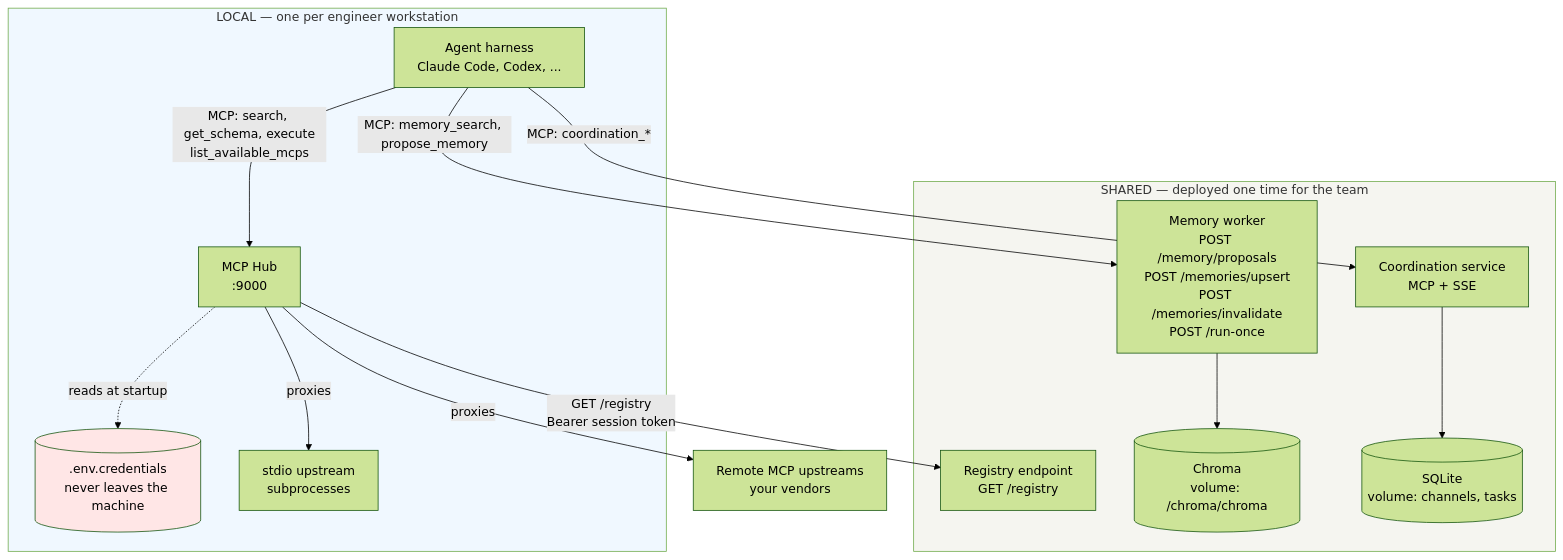
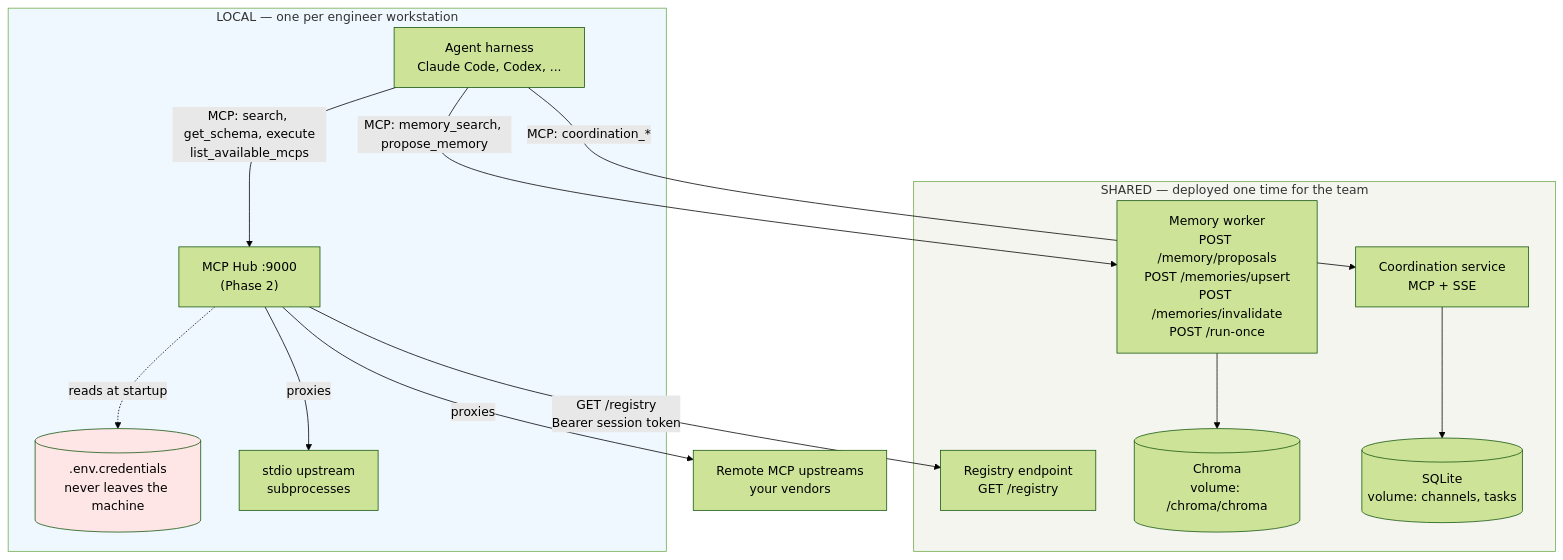
The diagram in docs/superpowers/specs/2026-08-28-wagglebot-design.md (swiknaba/wagglebot), drawn with Mermaid (forest theme) before and after one commit. The commit also changed other lines of this file and 1 other file, not shown here.

First line of the commit message:
Fix Phase 1 spec damage found by the fresh-eyes audit

````diff
--- a/docs/superpowers/specs/2026-08-28-wagglebot-design.md
+++ b/docs/superpowers/specs/2026-08-28-wagglebot-design.md
@@ -165,35 +167,35 @@
 ```mermaid
 graph TB
     subgraph WS["LOCAL — one per engineer workstation"]
         AGENT["Agent harness<br/>Claude Code, Codex, ..."]
-        HUB["MCP Hub<br/>:9000"]
+        HUB["MCP Hub :9000<br/>(Phase 2)"]
         CREDS[(".env.credentials<br/>never leaves the machine")]
         STDIO["stdio upstream<br/>subprocesses"]
     end
 
     subgraph SH["SHARED — deployed one time for the team"]
         REG["Registry endpoint<br/>GET /registry"]
         MEM["Memory worker<br/>POST /memory/proposals<br/>POST /memories/upsert<br/>POST /memories/invalidate<br/>POST /run-once"]
         CHROMA[("Chroma<br/>volume: /chroma/chroma")]
         COORD["Coordination service<br/>MCP + SSE"]
         SQLITE[("SQLite<br/>volume: channels, tasks")]
     end
 
     REMOTE["Remote MCP upstreams<br/>your vendors"]
 
     AGENT -->|"MCP: search, get_schema, execute<br/>list_available_mcps"| HUB
     AGENT -->|"MCP: memory_search, propose_memory"| MEM
     AGENT -->|"MCP: coordination_*"| COORD
 
     HUB -.->|reads at startup| CREDS
     HUB -->|"GET /registry<br/>Bearer session token"| REG
     HUB -->|proxies| REMOTE
     HUB -->|proxies| STDIO
 
     MEM --> CHROMA
     COORD --> SQLITE
 
     style CREDS fill:#ffe6e6
     style WS fill:#f0f8ff
     style SH fill:#f5f5f0
 ```
````
